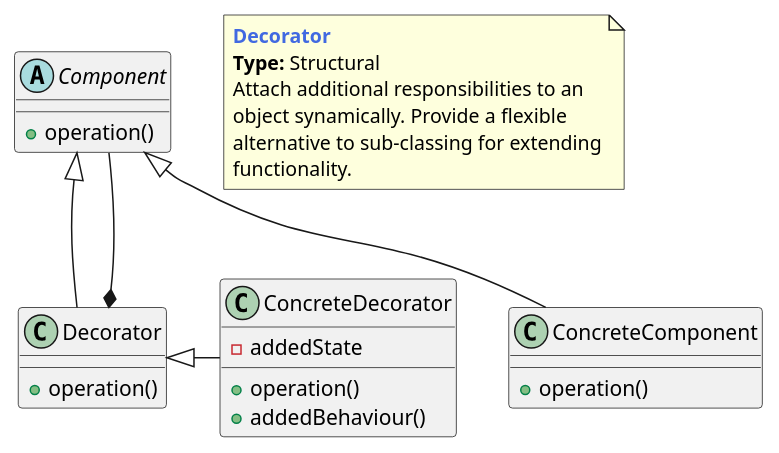
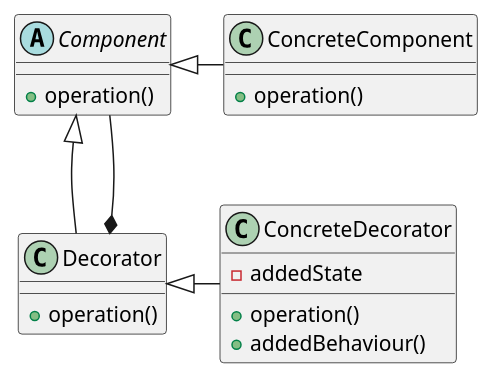
The diagram in Estructurales/decorator.puml (UCC-ArquitecturaSoftwareI/DesignPatternDiagrams), drawn with PlantUML before and after one commit. The commit also changed 2 other files, not shown here.

```diff
--- a/Estructurales/decorator.puml
+++ b/Estructurales/decorator.puml
@@ -3,35 +3,26 @@
 @startuml
 
 abstract Component {
     + operation()
 }
 
 class ConcreteComponent {
     + operation()
 }
 
 class Decorator {
     + operation()
 }
 
 class ConcreteDecorator {
     - addedState
     + operation()
     + addedBehaviour()
 }
 
-Component <|-- ConcreteComponent
+Component <|- ConcreteComponent
 Component <|-- Decorator
 Component --* Decorator
 Decorator <|- ConcreteDecorator
 
-note as N1
-    <b><color:royalBlue>Decorator</color></b>
-    <b>Type:</b> Structural
-    Attach additional responsibilities to an
-    object synamically. Provide a flexible
-    alternative to sub-classing for extending
-    functionality.
-end note
-
 @enduml
```
